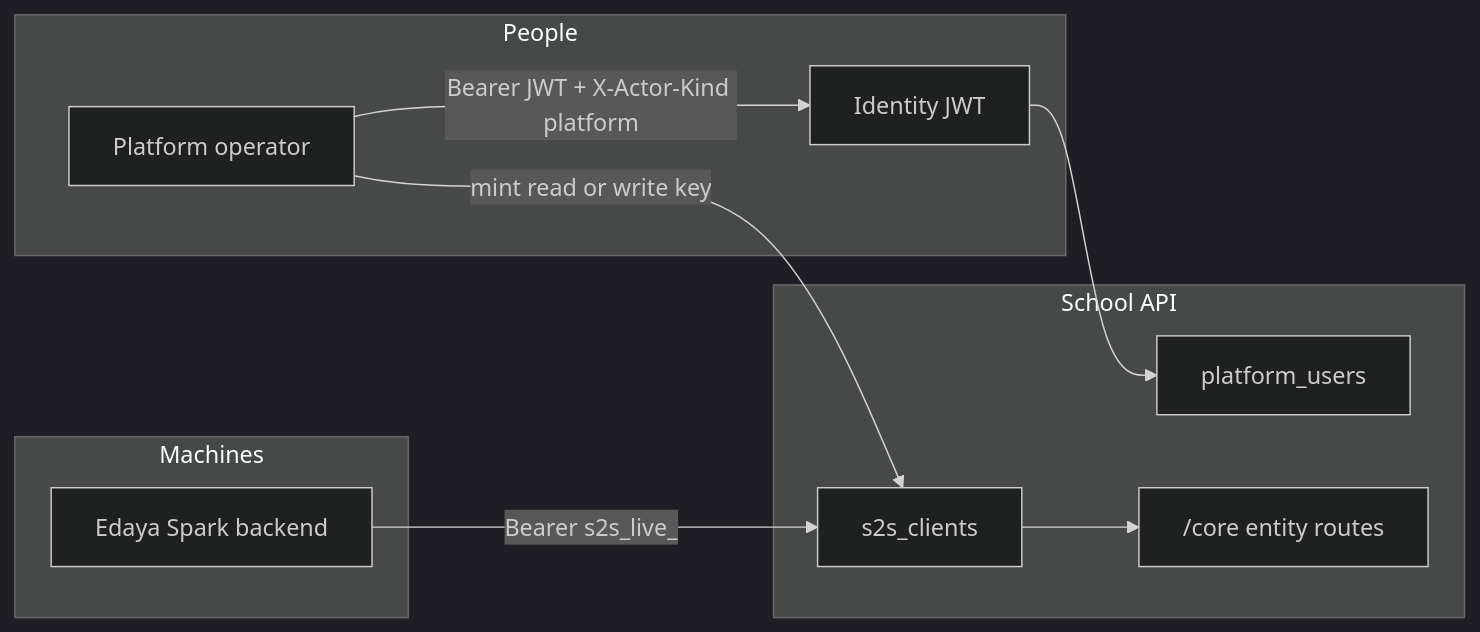
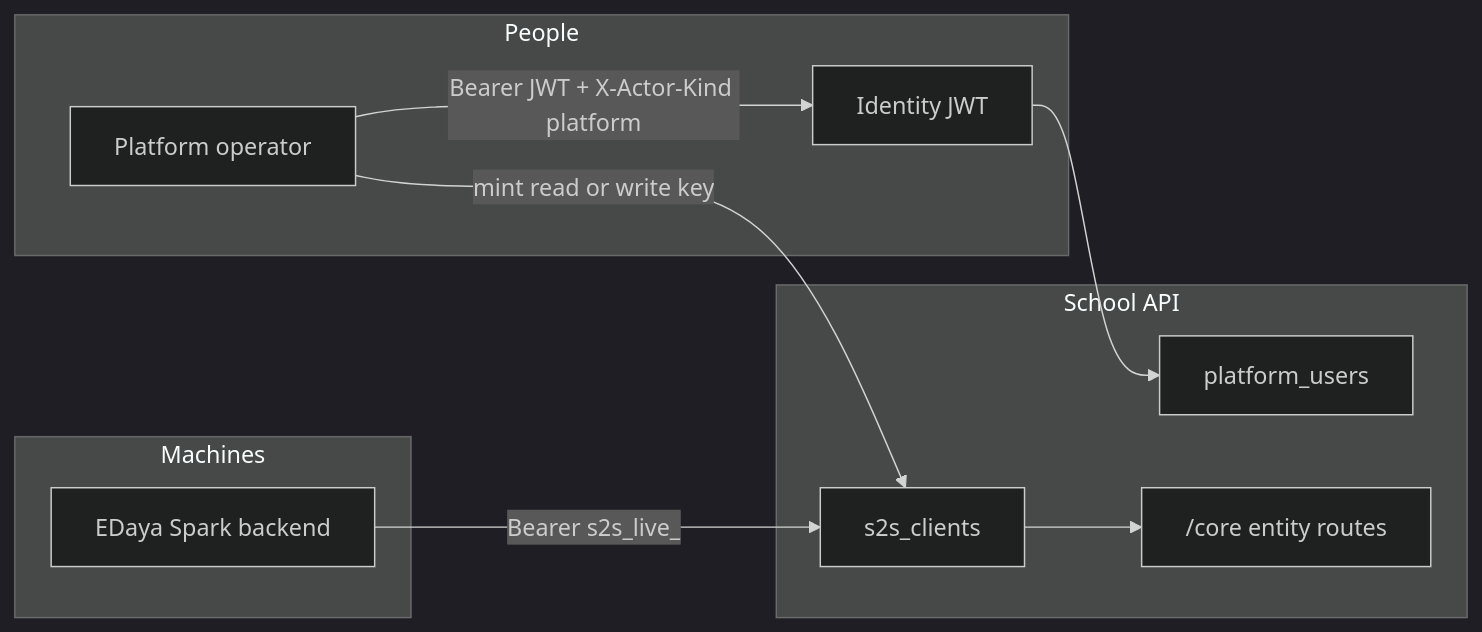
Before and after one commit to Maya-Invest/edaya_backend: the diagram in docs/architecture/platform-actors-and-s2s-keys.md, drawn with Mermaid (dark theme). The commit also changed 92 other files, not shown here.

````diff
--- a/docs/architecture/platform-actors-and-s2s-keys.md
+++ b/docs/architecture/platform-actors-and-s2s-keys.md
@@ -19,20 +19,20 @@
 ```mermaid
 flowchart LR
   subgraph people [People]
     Op[Platform operator]
     Identity[Identity JWT]
   end
   subgraph schoolApi [School API]
     PlatformUsers[platform_users]
     S2sClients[s2s_clients]
     SchoolRoutes["/core entity routes"]
   end
   subgraph machines [Machines]
-    Sibling[Edaya Spark backend]
+    Sibling[EDaya Spark backend]
   end
   Op -->|Bearer JWT + X-Actor-Kind platform| Identity
   Identity --> PlatformUsers
   Op -->|mint read or write key| S2sClients
   Sibling -->|Bearer s2s_live_| S2sClients
   S2sClients --> SchoolRoutes
 ```
````
